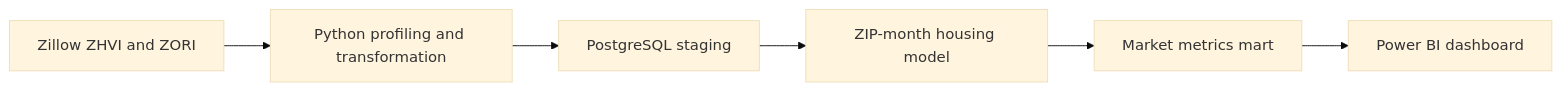
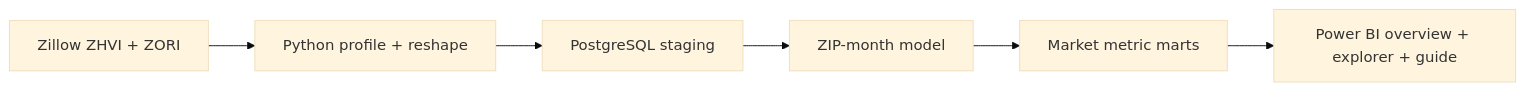
The diagram in README.md (yuvrajriyar/EstateFlow), drawn with Mermaid (base theme) before and after one commit. The commit also changed other lines of this file and 52 other files, not shown here.

Commit message:
Add Power BI project source and document market explorer

````diff
--- a/README.md
+++ b/README.md
@@ -22,8 +20,8 @@
 ```mermaid
 flowchart LR
-    A[Zillow ZHVI and ZORI] --> B[Python profiling and transformation]
+    A[Zillow ZHVI + ZORI] --> B[Python profile + reshape]
     B --> C[PostgreSQL staging]
-    C --> D[ZIP-month housing model]
-    D --> E[Market metrics mart]
-    E --> F[Power BI dashboard]
+    C --> D[ZIP-month model]
+    D --> E[Market metric marts]
+    E --> F[Power BI overview + explorer + guide]
 ```
````
